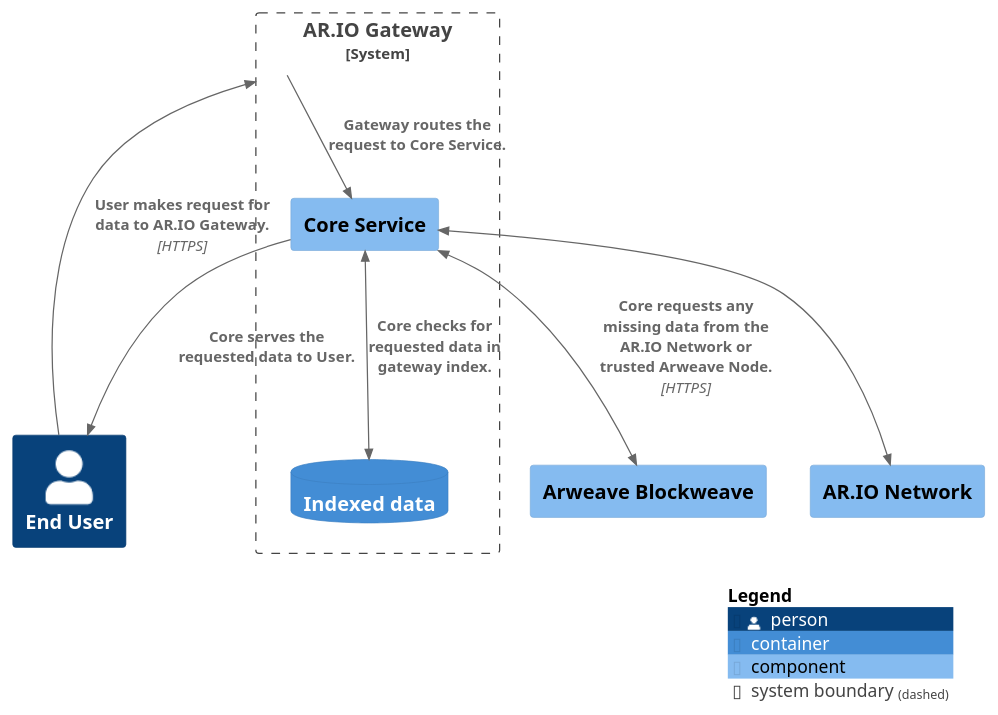
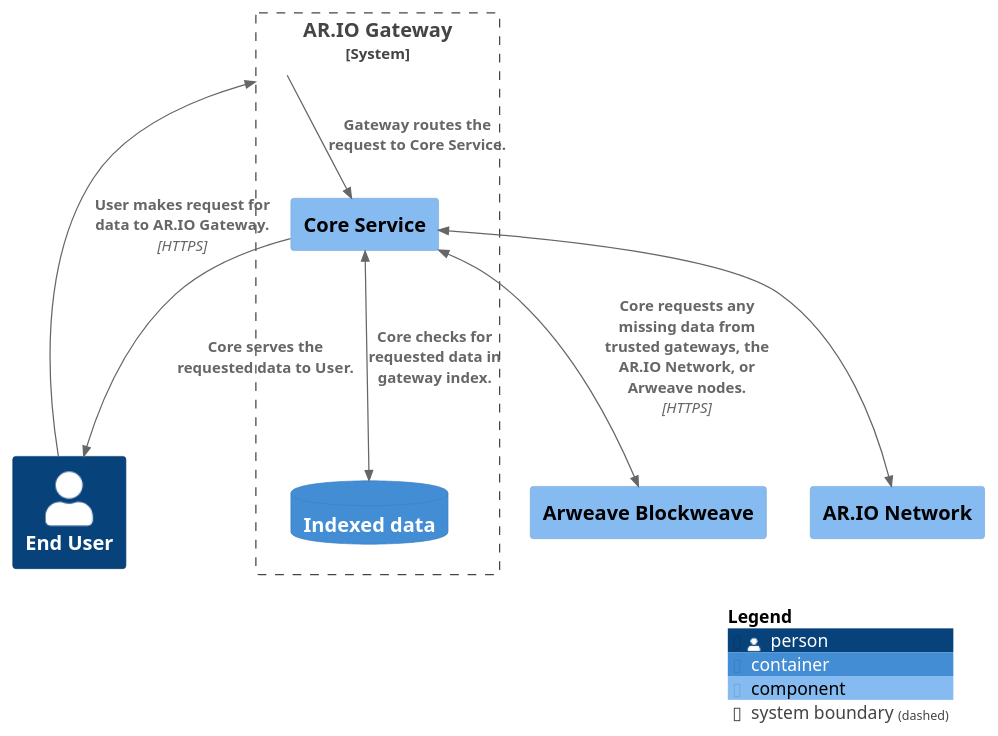
The diagram in docs/diagrams/src/Data.puml (ar-io/ar-io-node), drawn with PlantUML before and after one commit. The commit also changed 2 other files, not shown here.

Commit message:
docs(index-swarm): add topology, flow and fleet diagrams; update the C4 gateway diagram
The index-swarm doc had no diagrams. Adds four: the pieces on one node,
how a band moves from publisher to subscriber, the subscriber's per-band
decisions, and a fleet behind a load balancer. The C4 gateway diagram
gains the index-swarm sidecar, torrent engine, shared index directory,
Redis and ClickHouse, and the observer's observations; the data diagram
names trusted gateways, the default first source.

Claude-Session: https://claude.ai/code/session_01QYyUCc3dx6WRvMgC7HxLyw

```diff
--- a/docs/diagrams/src/Data.puml
+++ b/docs/diagrams/src/Data.puml
@@ -1,34 +1,34 @@
 @startuml Data_API
 
 
 !include ./C4_definitions/C4_Context.puml
 !include ./C4_definitions/C4_Container.puml
 !include ./C4_definitions/C4_Component.puml
 
 ' Layout
 LAYOUT_TOP_DOWN()
 
 
 ' Define Elements
 
 Person(user, "End User")
 Component(arweave, "Arweave Blockweave")
 System_Boundary(gateway, "AR.IO Gateway"){ 
     Component(core, "Core Service")
     ContainerDb(index, "Indexed data")
     }
 Component(network, "AR.IO Network")
 
 
 ' Define Relationships
 Rel(user, gateway, "User makes request for data to AR.IO Gateway.", "HTTPS")
 Rel(gateway, core, "Gateway routes the request to Core Service.")
 BiRel(core, index, "Core checks for requested data in gateway index.")
 BiRel(core, network,"")
-BiRel(core, arweave, "Core requests any missing data from the AR.IO Network or trusted Arweave Node.", "HTTPS")
+BiRel(core, arweave, "Core requests any missing data from trusted gateways, the AR.IO Network, or Arweave nodes.", "HTTPS")
 Rel(core, user, "Core serves the requested data to User.")
 
 
 ' Legend
 SHOW_LEGEND()
 @enduml
```
